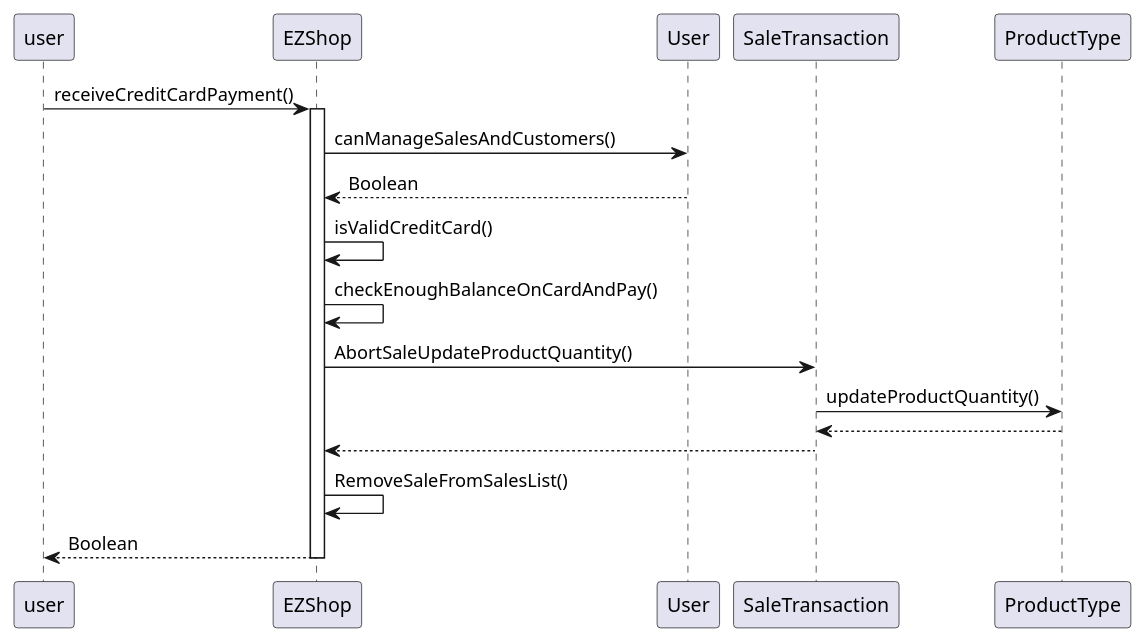
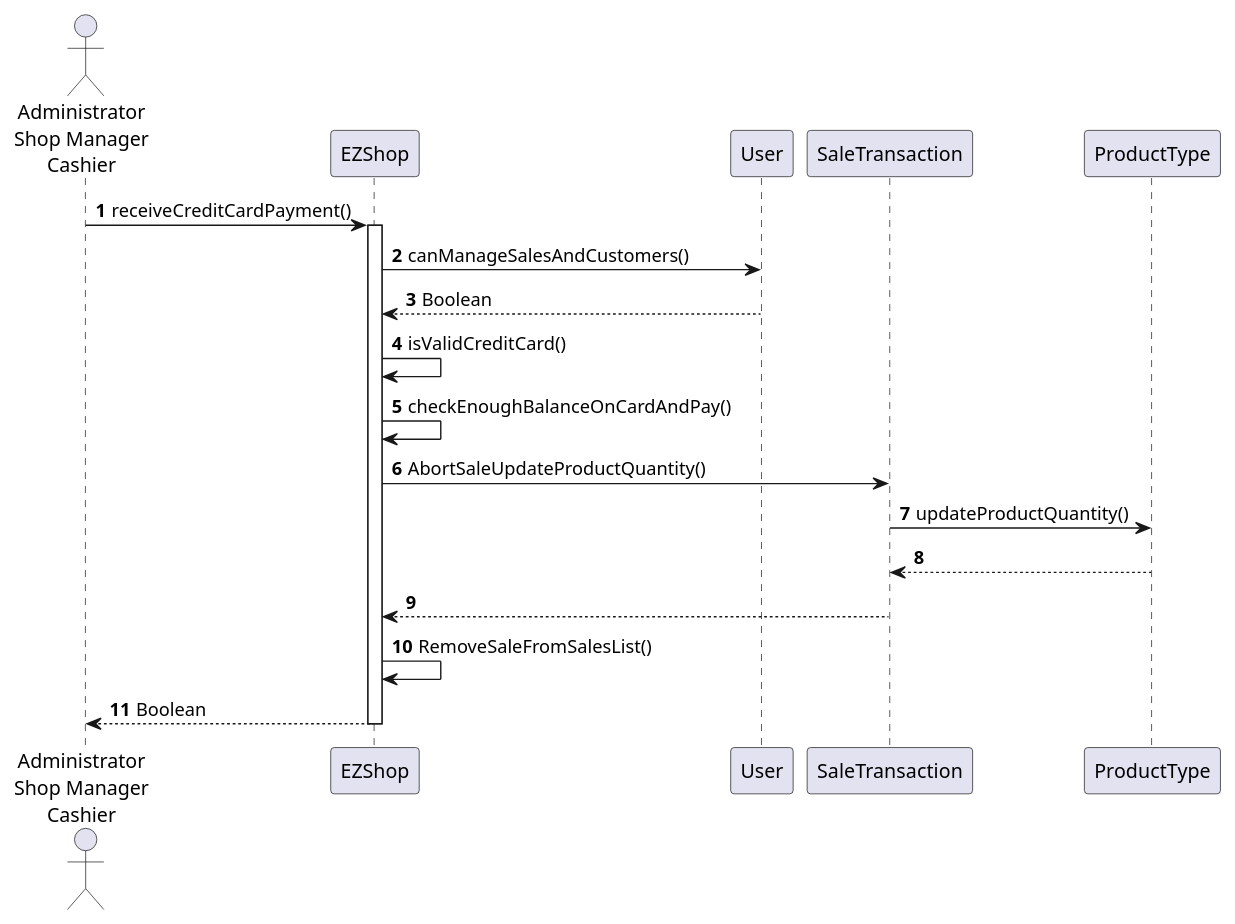
Diagram 18 of 20 in Deliverables/DesignDocument.md (gioele-scaletta/EZShop-Software-Engineering-Project), drawn with PlantUML before and after one commit. The commit also changed other lines of this file, not shown here.

Commit message:
Updated Diagrams For Scenarios UC1,2,3

````diff
--- a/Deliverables/DesignDocument.md
+++ b/Deliverables/DesignDocument.md
@@ -606,15 +615,18 @@
 ```plantuml
+actor "Administrator\nShop Manager\nCashier" as user
+autonumber
+
 user -> EZShop : receiveCreditCardPayment()
 activate  EZShop
 EZShop -> User : canManageSalesAndCustomers()
 EZShop <-- User : Boolean
 EZShop -> EZShop : isValidCreditCard()
 EZShop -> EZShop : checkEnoughBalanceOnCardAndPay()
 EZShop -> SaleTransaction : AbortSaleUpdateProductQuantity()
 SaleTransaction -> ProductType : updateProductQuantity()
 SaleTransaction <-- ProductType
 EZShop <-- SaleTransaction 
 EZShop->EZShop : RemoveSaleFromSalesList()
 user <-- EZShop : Boolean
 deactivate EZShop
 ```
````
